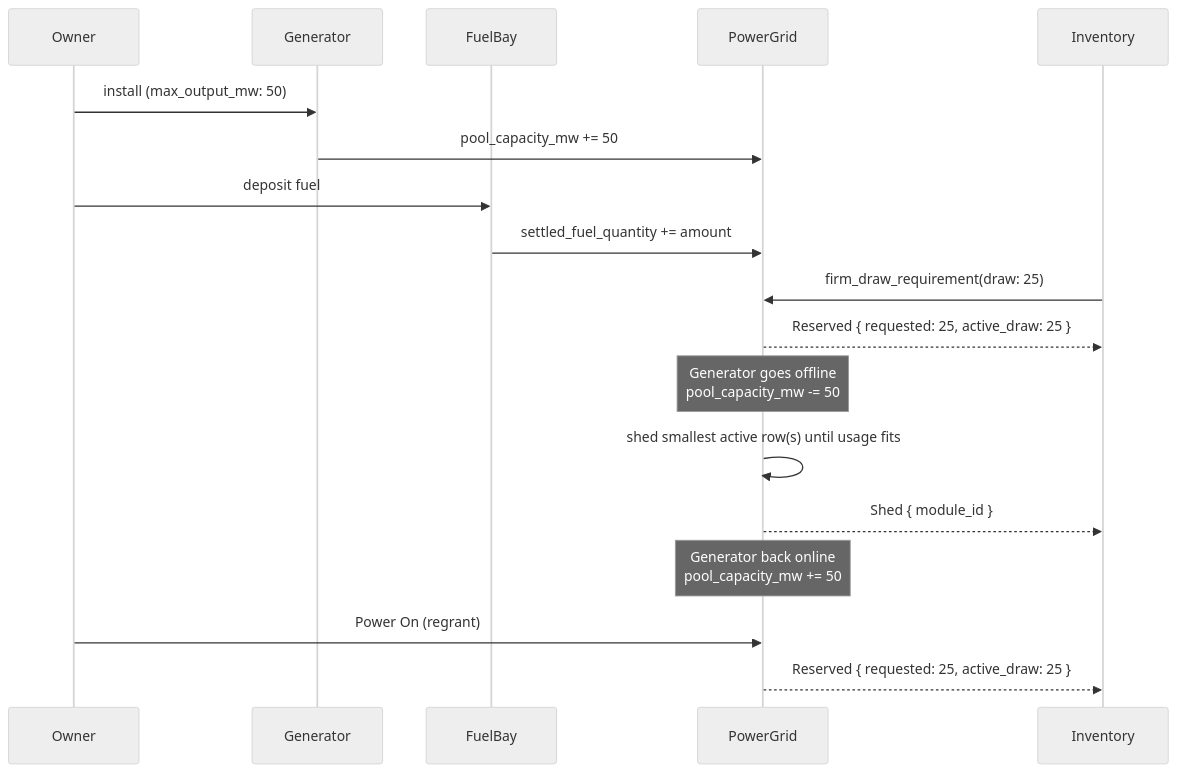
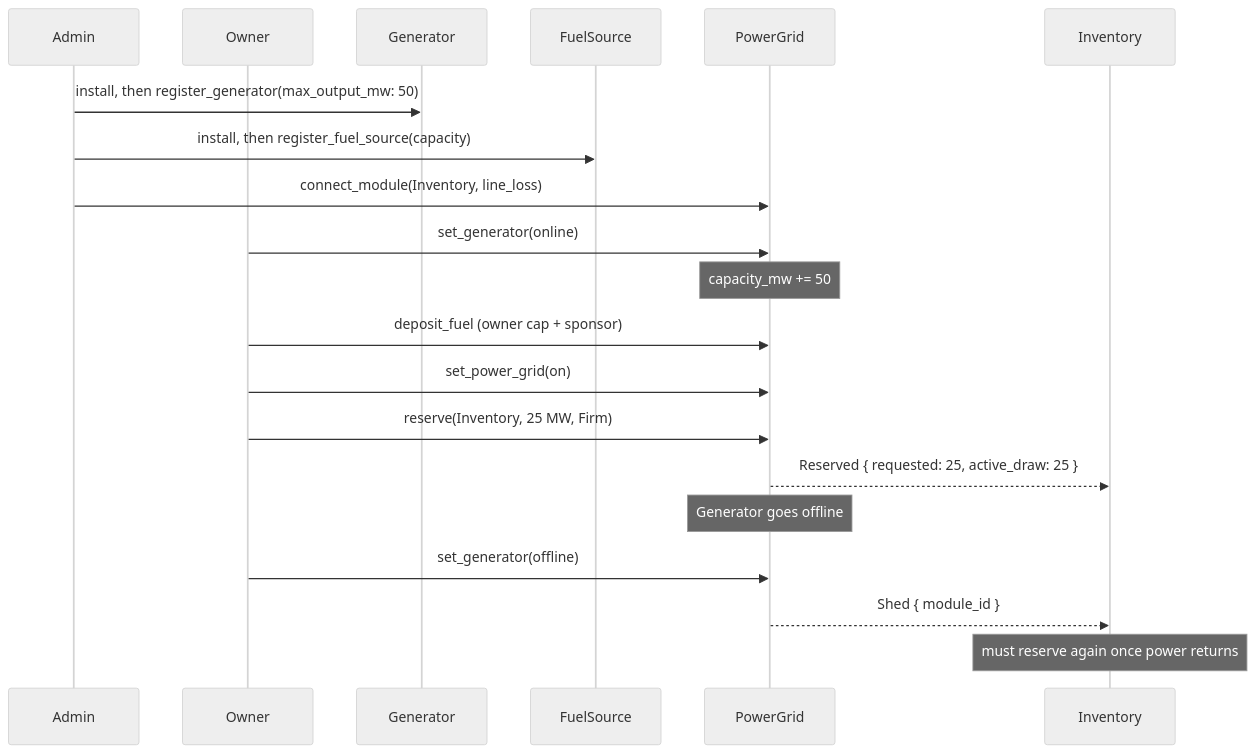
One commit to evefrontier/world-contracts changed the second of 2 diagrams in docs/adr/0005-onchain-power-network.md. Above: the diagram before and after it, drawn with Mermaid (neutral theme). The commit also changed other lines of this file, not shown here.

Commit message:
docs(power): adr changes based on the changes

````diff
--- a/docs/adr/0005-onchain-power-network.md
+++ b/docs/adr/0005-onchain-power-network.md
@@ -80,23 +111,24 @@
 ```mermaid
 sequenceDiagram
+    participant Admin
     participant Owner
     participant Generator
-    participant FuelBay
+    participant FuelSource
     participant PowerGrid
-    participant Inventory as Inventory
+    participant Inventory
 
-    Owner->>Generator: install (max_output_mw: 50)
-    Generator->>PowerGrid: pool_capacity_mw += 50
-    Owner->>FuelBay: deposit fuel
-    FuelBay->>PowerGrid: settled_fuel_quantity += amount
-    Inventory->>PowerGrid: firm_draw_requirement(draw: 25)
+    Admin->>Generator: install, then register_generator(max_output_mw: 50)
+    Admin->>FuelSource: install, then register_fuel_source(capacity)
+    Admin->>PowerGrid: connect_module(Inventory, line_loss)
+    Owner->>PowerGrid: set_generator(online)
+    Note over PowerGrid: capacity_mw += 50
+    Owner->>PowerGrid: deposit_fuel (owner cap + sponsor)
+    Owner->>PowerGrid: set_power_grid(on)
+    Owner->>PowerGrid: reserve(Inventory, 25 MW, Firm)
     PowerGrid-->>Inventory: Reserved { requested: 25, active_draw: 25 }
 
-    Note over PowerGrid: Generator goes offline<br/>pool_capacity_mw -= 50
-    PowerGrid->>PowerGrid: shed smallest active row(s) until usage fits
+    Note over PowerGrid: Generator goes offline
+    Owner->>PowerGrid: set_generator(offline)
     PowerGrid-->>Inventory: Shed { module_id }
-
-    Note over PowerGrid: Generator back online<br/>pool_capacity_mw += 50
-    Owner->>PowerGrid: Power On (regrant)
-    PowerGrid-->>Inventory: Reserved { requested: 25, active_draw: 25 }
+    Note over Inventory: must reserve again once power returns
 ```
````
